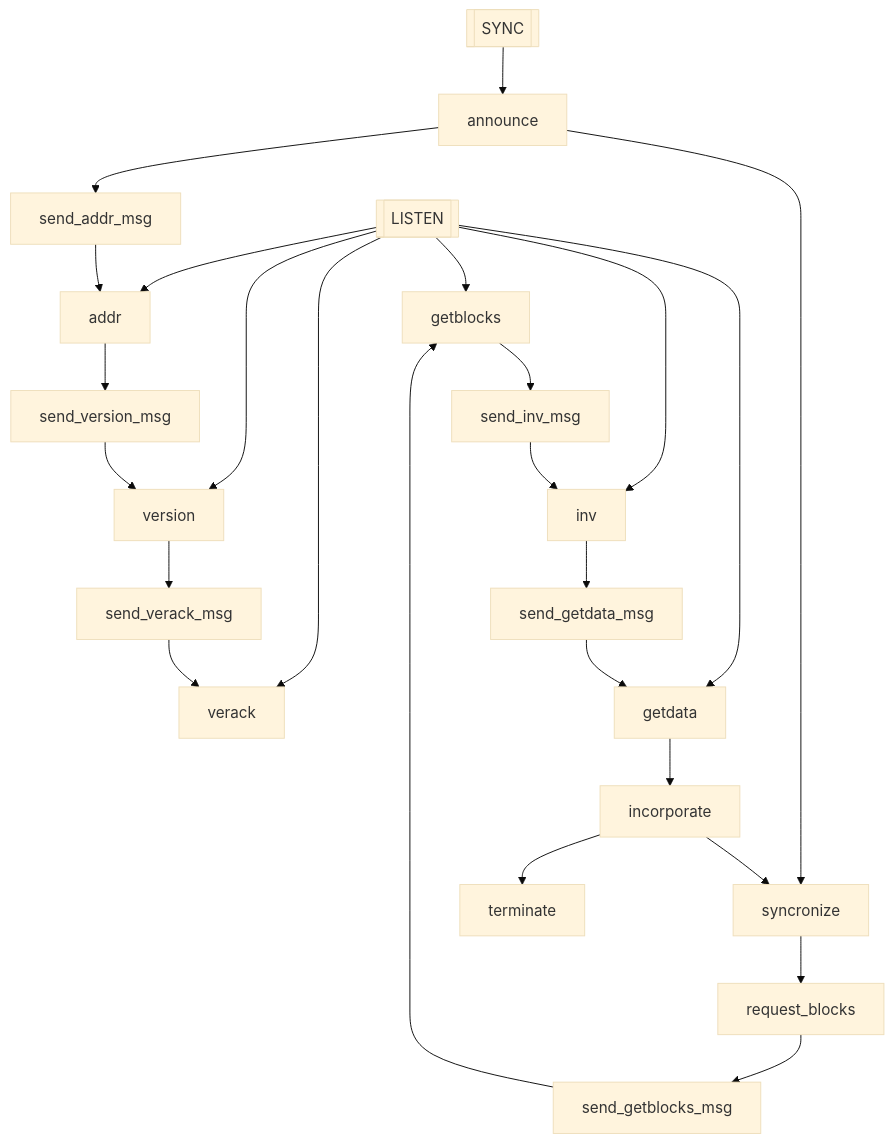
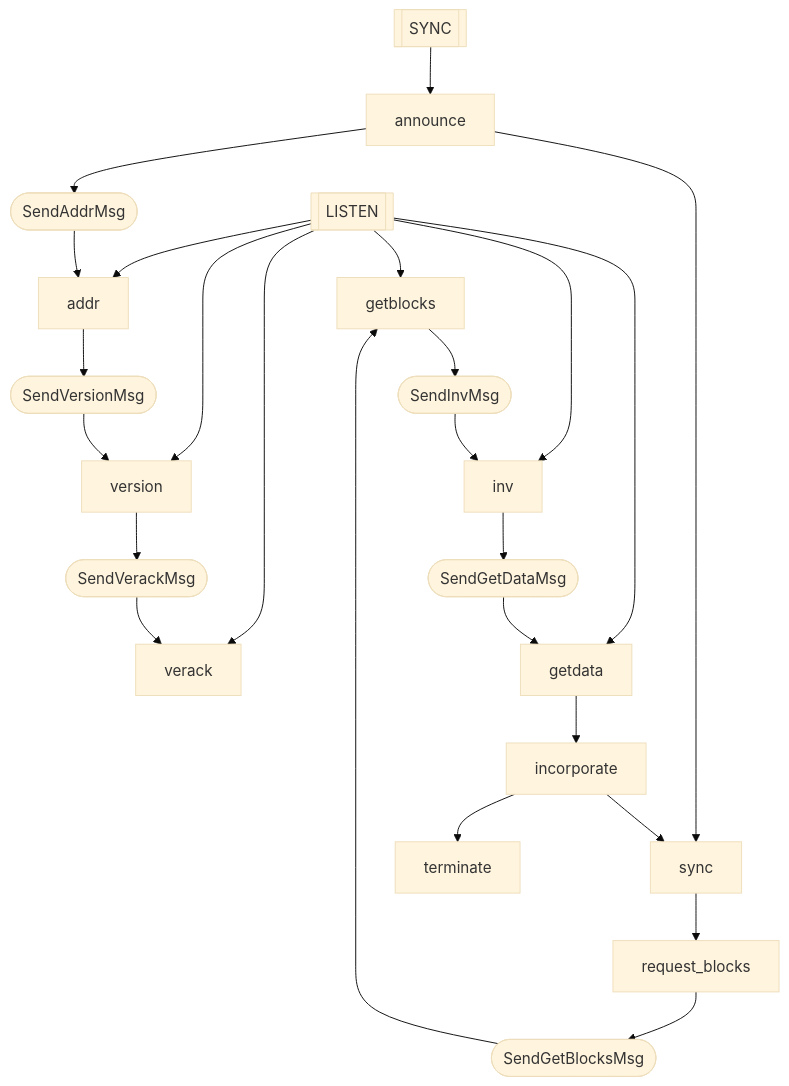
The third of 3 diagrams in README.md (oxarbitrage/zcash-p2p-spec), drawn with Mermaid (base theme) before and after one commit. The commit also changed other lines of this file and 1 other file, not shown here.

Commit message:
improves to the readme and rename some labels

````diff
--- a/README.md
+++ b/README.md
@@ -27,29 +33,29 @@
 ```mermaid
 flowchart TD
 LISTEN[[LISTEN]] --> addr
 LISTEN --> version
 LISTEN --> verack
 LISTEN --> getblocks
 LISTEN --> inv
 LISTEN --> getdata
 
 SYNC[[SYNC]] --> announce
-announce --> send_addr_msg
+announce --> send_addr_msg([SendAddrMsg])
 send_addr_msg --> addr
-addr --> send_version_msg
+addr --> send_version_msg([SendVersionMsg])
 send_version_msg --> version
-version --> send_verack_msg
+version --> send_verack_msg([SendVerackMsg])
 send_verack_msg --> verack
 
-announce --> syncronize
-syncronize --> request_blocks
-request_blocks --> send_getblocks_msg
+announce --> sync
+sync --> request_blocks
+request_blocks --> send_getblocks_msg([SendGetBlocksMsg])
 send_getblocks_msg --> getblocks
-getblocks --> send_inv_msg
+getblocks --> send_inv_msg([SendInvMsg])
 send_inv_msg --> inv
-inv --> send_getdata_msg
+inv --> send_getdata_msg([SendGetDataMsg])
 send_getdata_msg --> getdata
 getdata --> incorporate
-incorporate --> syncronize
+incorporate --> sync
 incorporate --> terminate
 ```
````
